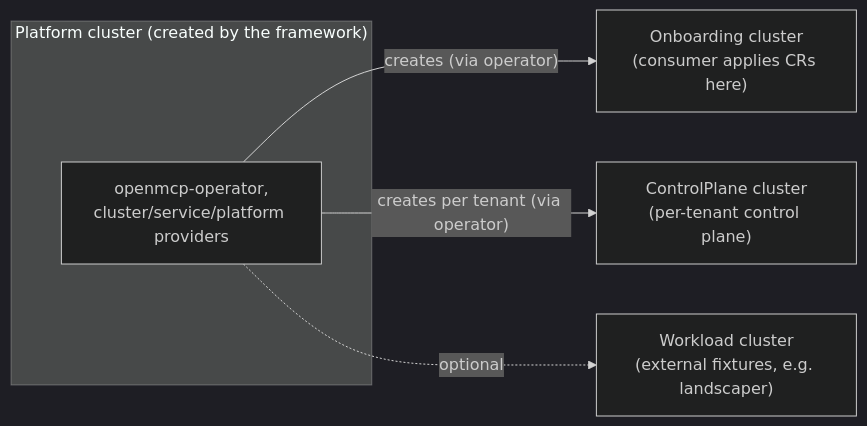
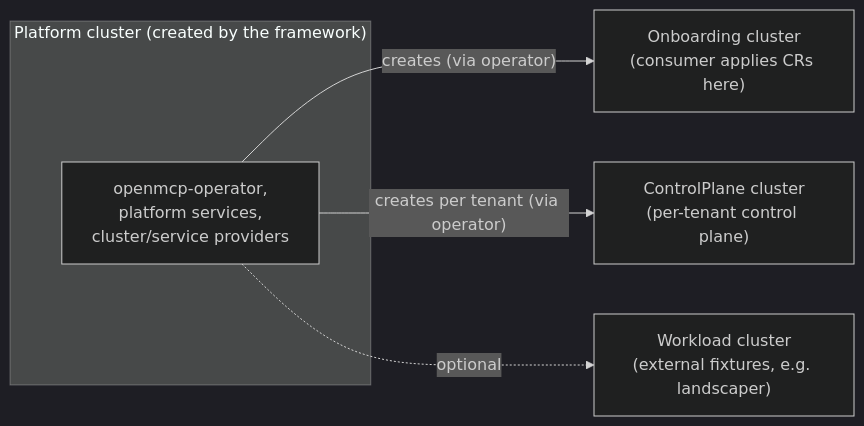
The diagram in docs/developers/serviceprovider/04-testing.mdx (openmcp-project/docs), drawn with Mermaid (dark theme) before and after one commit. The commit also changed 3 other files, not shown here.

First line of the commit message:
docs(developers): platform provider to service renaming

````diff
--- a/docs/developers/serviceprovider/04-testing.mdx
+++ b/docs/developers/serviceprovider/04-testing.mdx
@@ -12,9 +12,9 @@
 ```mermaid
 flowchart LR
   subgraph kind["Platform cluster (created by the framework)"]
-    P["openmcp-operator,<br/>cluster/service/platform providers"]
+    P["openmcp-operator,<br/>platform services,<br>cluster/service providers"]
   end
   P -->|"creates (via operator)"| O["Onboarding cluster<br/>(consumer applies CRs here)"]
   P -->|"creates per tenant (via operator)"| M["ControlPlane cluster<br/>(per-tenant control plane)"]
   P -.->|"optional"| W["Workload cluster<br/>(external fixtures, e.g. landscaper)"]
 ```
````
